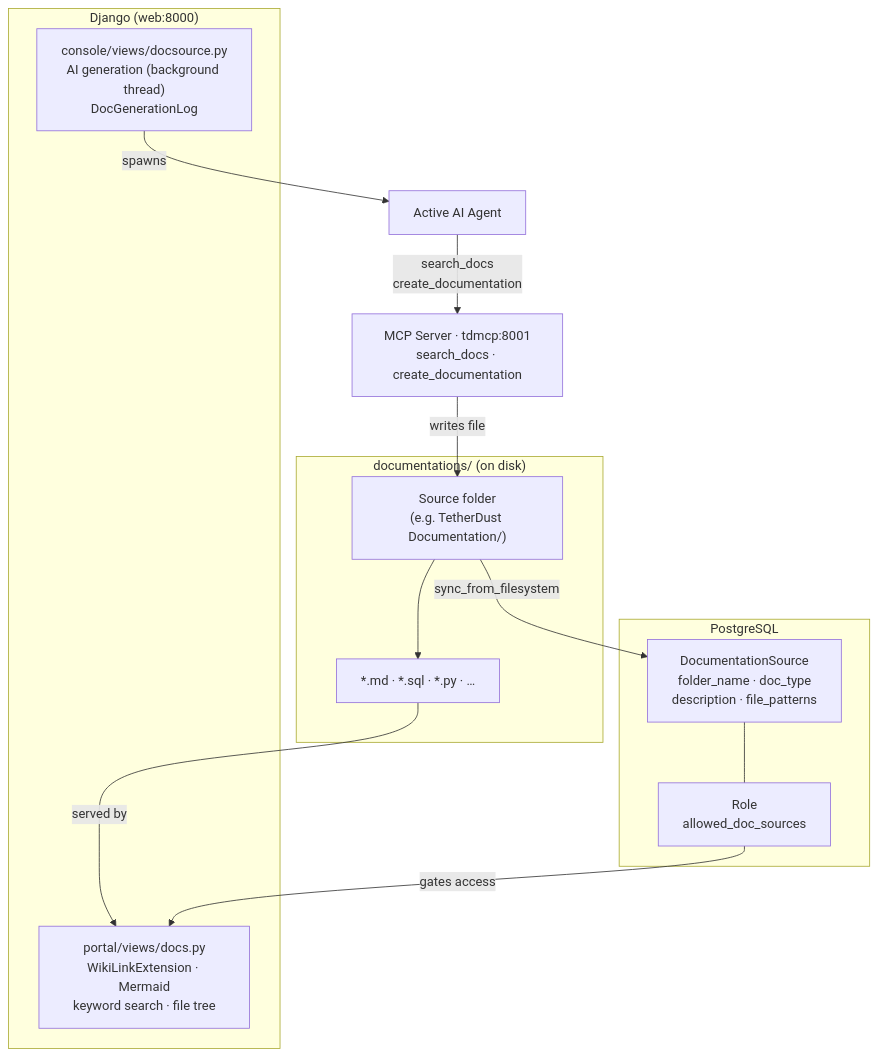
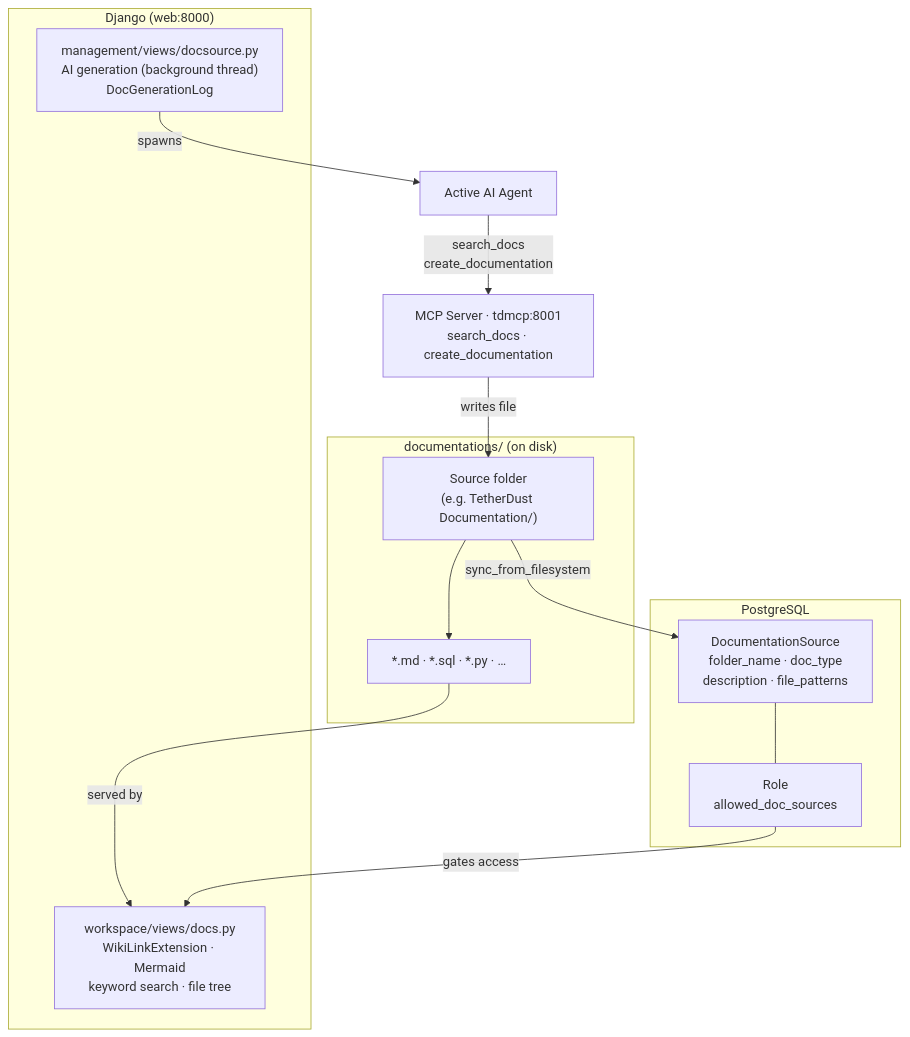
One commit to mpospirit-apps/TetherDust changed the first of 2 diagrams in documentations/TetherDust Documentation/2. Features/3. Docs.md. Above: the diagram before and after it, drawn with Mermaid. The commit also changed other lines of this file and 341 other files, not shown here.

Commit message:
chore: rename Django apps (core -> engine, portal -> workspace, console -> management)

````diff
--- a/documentations/TetherDust Documentation/2. Features/3. Docs.md
+++ b/documentations/TetherDust Documentation/2. Features/3. Docs.md
@@ -26,29 +26,29 @@
 ```mermaid
 flowchart TD
     subgraph disk["documentations/ (on disk)"]
         Folder["Source folder\n(e.g. TetherDust Documentation/)"]
         Files["*.md · *.sql · *.py · …"]
         Folder --> Files
     end
 
     subgraph db["PostgreSQL"]
         Source["DocumentationSource\nfolder_name · doc_type\ndescription · file_patterns"]
         Role["Role\nallowed_doc_sources"]
         Source --- Role
     end
 
     subgraph web["Django (web:8000)"]
-        Viewer["portal/views/docs.py\nWikiLinkExtension · Mermaid\nkeyword search · file tree"]
-        ConsoleGen["console/views/docsource.py\nAI generation (background thread)\nDocGenerationLog"]
+        Viewer["workspace/views/docs.py\nWikiLinkExtension · Mermaid\nkeyword search · file tree"]
+        ConsoleGen["management/views/docsource.py\nAI generation (background thread)\nDocGenerationLog"]
     end
 
     Agent["Active AI Agent"]
     MCP["MCP Server · tdmcp:8001\nsearch_docs · create_documentation"]
 
     Folder -->|sync_from_filesystem| Source
     Files -->|served by| Viewer
     Role -->|gates access| Viewer
     ConsoleGen -->|spawns| Agent
     Agent -->|search_docs\ncreate_documentation| MCP
     MCP -->|writes file| Folder
 ```
````
